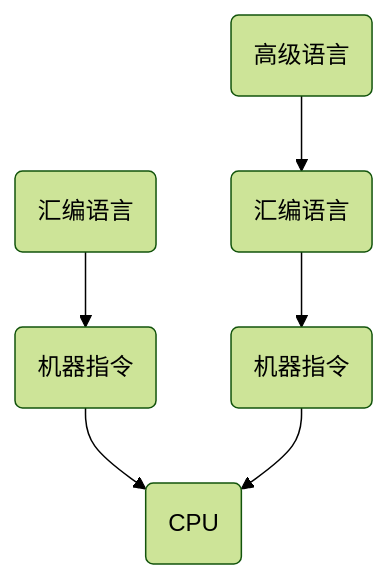
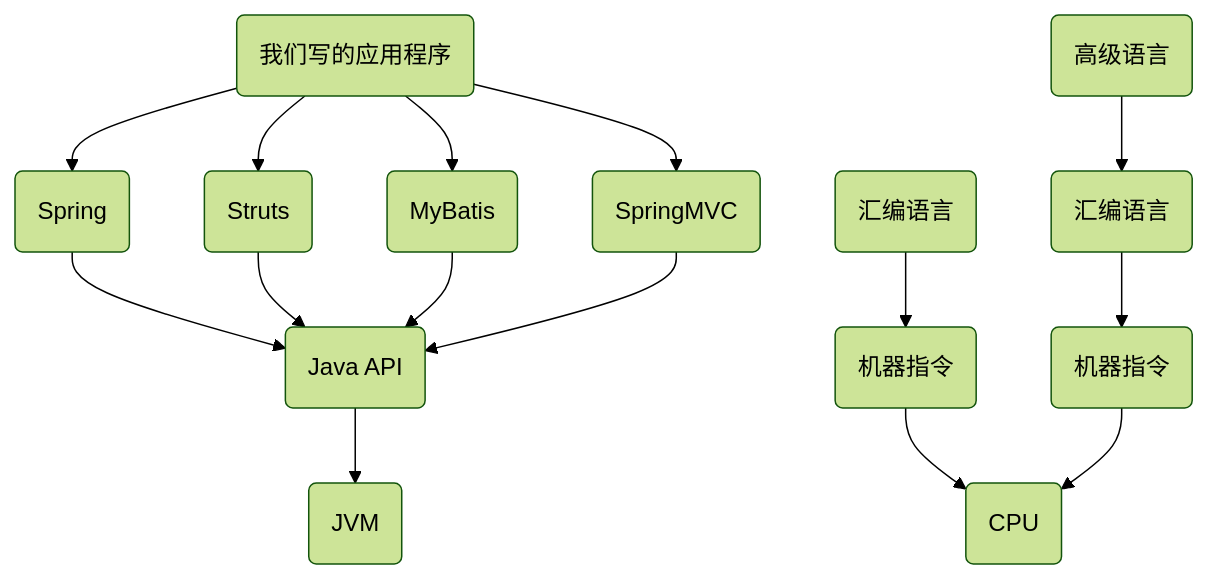
The first of 3 diagrams in source/_posts/java/Java篇-JVM详解.md (mikeygithub/mikeygithub.github.io), drawn with Mermaid (forest theme) before and after one commit. The commit also changed other lines of this file and 4 other files, not shown here.

````diff
--- a/source/_posts/java/Java篇-JVM详解.md
+++ b/source/_posts/java/Java篇-JVM详解.md
@@ -33,8 +27,20 @@
 ```mermaid
 graph TB;
+A1(我们写的应用程序)-->B1(Spring)
+A1-->B2(Struts)
+A1-->B3(MyBatis)
+A1-->B4(SpringMVC)
+
+B1-->C1(Java API)
+B2-->C1
+B3-->C1
+B4-->C1
+
+C1-->D1(JVM)
+
 A(汇编语言)-->B(机器指令)
 C(高级语言)-->D(汇编语言)
 D-->E(机器指令)
 B-->F(CPU)
 E-->F(CPU)
 ```
````
